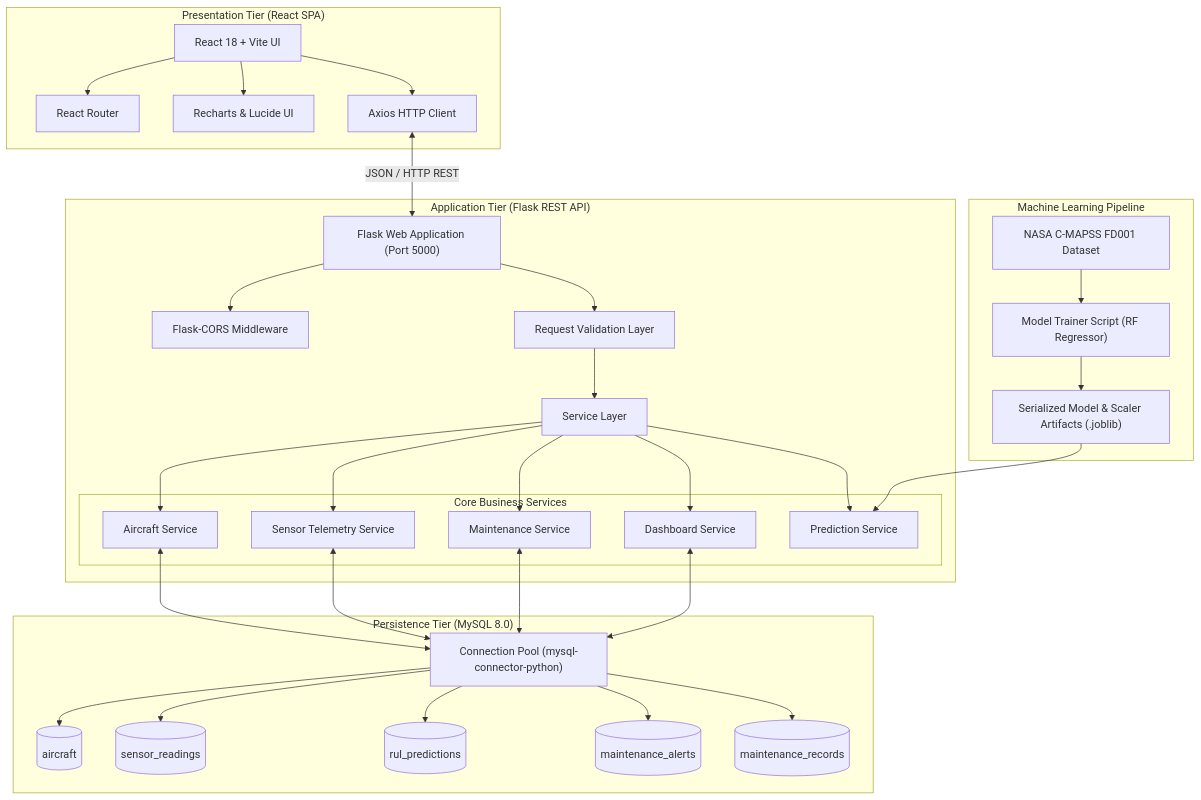
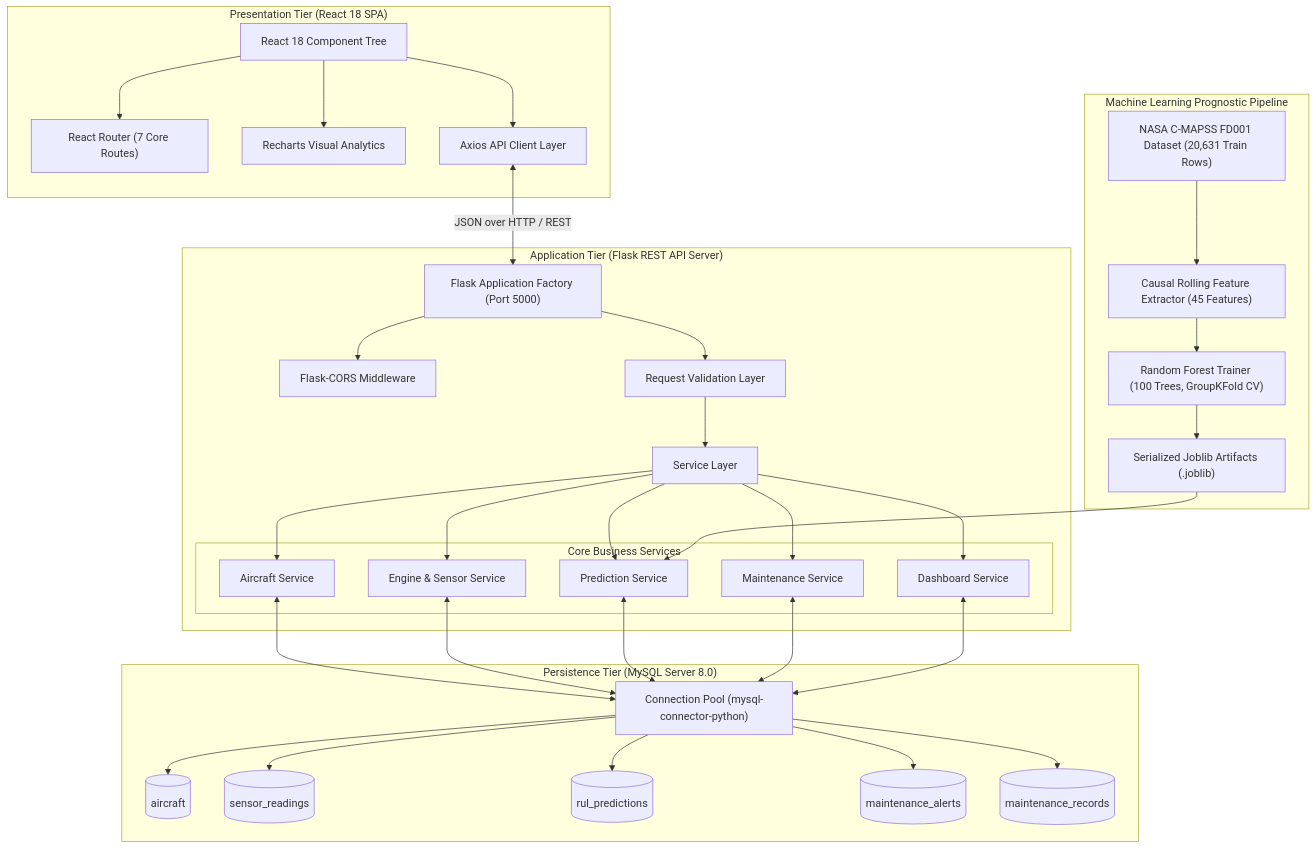
The first of 3 diagrams in ARCHITECTURE.md (omgavate/AeroPredict), drawn with Mermaid before and after one commit. The commit also changed other lines of this file and 9 other files, not shown here.

Commit message:
Complete Phase 13: Final Academic Documentation, Architecture Diagrams, and Viva Defense Guide

````diff
--- a/ARCHITECTURE.md
+++ b/ARCHITECTURE.md
@@ -10,65 +11,67 @@
 ```mermaid
 flowchart TD
-    subgraph Client["Presentation Tier (React SPA)"]
-        UI["React 18 + Vite UI"]
-        RTR["React Router"]
-        RC["Recharts & Lucide UI"]
-        AX["Axios HTTP Client"]
+    subgraph Client["Presentation Tier (React 18 SPA)"]
+        UI["React 18 Component Tree"]
+        RTR["React Router (7 Core Routes)"]
+        RC["Recharts Visual Analytics"]
+        AX["Axios API Client Layer"]
         UI --> RTR
         UI --> RC
         UI --> AX
     end
 
-    subgraph Server["Application Tier (Flask REST API)"]
-        FL["Flask Web Application (Port 5000)"]
+    subgraph Server["Application Tier (Flask REST API Server)"]
+        FL["Flask Application Factory (Port 5000)"]
         CORS["Flask-CORS Middleware"]
         VLD["Request Validation Layer"]
         SVC["Service Layer"]
         
         FL --> CORS
         FL --> VLD
         VLD --> SVC
         
         subgraph Services["Core Business Services"]
             ACS["Aircraft Service"]
-            SNS["Sensor Telemetry Service"]
+            ENS["Engine & Sensor Service"]
+            PRS["Prediction Service"]
             MTS["Maintenance Service"]
             DBS["Dashboard Service"]
-            PRS["Prediction Service"]
         end
         
         SVC --> ACS
-        SVC --> SNS
+        SVC --> ENS
+        SVC --> PRS
         SVC --> MTS
         SVC --> DBS
-        SVC --> PRS
     end
 
-    subgraph MLTier["Machine Learning Pipeline"]
-        CMAPSS["NASA C-MAPSS FD001 Dataset"]
-        TRN["Model Trainer Script (RF Regressor)"]
-        MDL["Serialized Model & Scaler Artifacts (.joblib)"]
+    subgraph MLTier["Machine Learning Prognostic Pipeline"]
+        CMAPSS["NASA C-MAPSS FD001 Dataset (20,631 Train Rows)"]
+        FE["Causal Rolling Feature Extractor (45 Features)"]
+        TRN["Random Forest Trainer (100 Trees, GroupKFold CV)"]
+        MDL["Serialized Joblib Artifacts (.joblib)"]
         
-        CMAPSS --> TRN
+        CMAPSS --> FE
+        FE --> TRN
         TRN --> MDL
         MDL --> PRS
     end
 
-    subgraph DataTier["Persistence Tier (MySQL 8.0)"]
+    subgraph DataTier["Persistence Tier (MySQL Server 8.0)"]
         DBC["Connection Pool (mysql-connector-python)"]
         TBL1[("aircraft")]
         TBL2[("sensor_readings")]
         TBL3[("rul_predictions")]
         TBL4[("maintenance_alerts")]
         TBL5[("maintenance_records")]
         
         DBC --> TBL1
         DBC --> TBL2
         DBC --> TBL3
         DBC --> TBL4
         DBC --> TBL5
     end
 
-    AX <-->|JSON / HTTP REST| FL
-    ACS & SNS & MTS & DBS <--> DBC
+    AX <-->|JSON over HTTP / REST| FL
+    ACS & ENS & PRS & MTS & DBS <--> DBC
 ```
````
